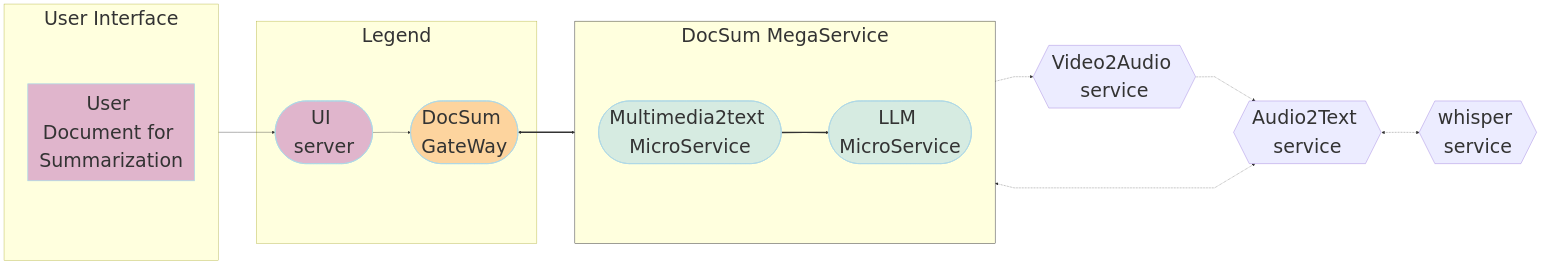
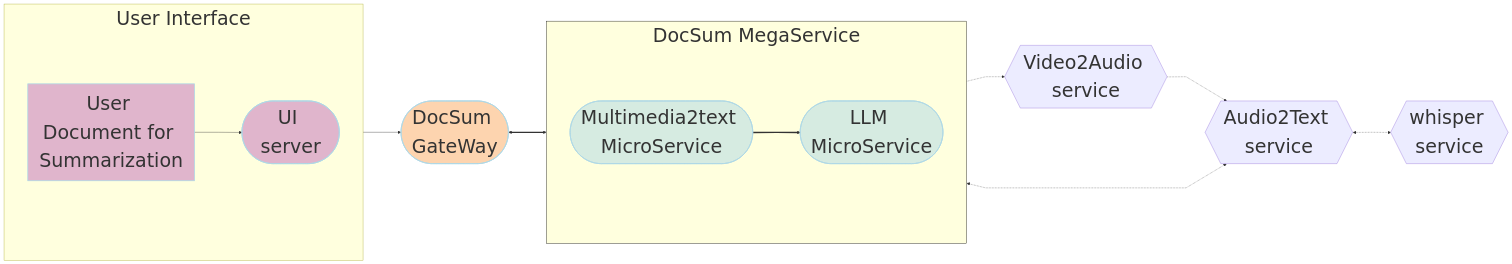
The diagram in DocSum/README.md (opea-project/GenAIExamples), drawn with Mermaid before and after one commit.

Commit message:
update read me file

````diff
--- a/DocSum/README.md
+++ b/DocSum/README.md
@@ -110,58 +110,55 @@
 ```mermaid
 ---
 config:
   flowchart:
     nodeSpacing: 400
     rankSpacing: 100
     curve: linear
   themeVariables:
     fontSize: 50px
 ---
 flowchart LR
     %% Colors %%
     classDef blue fill:#ADD8E6,stroke:#ADD8E6,stroke-width:2px,fill-opacity:0.5
     classDef orange fill:#FBAA60,stroke:#ADD8E6,stroke-width:2px,fill-opacity:0.5
     classDef orchid fill:#C26DBC,stroke:#ADD8E6,stroke-width:2px,fill-opacity:0.5
     classDef invisible fill:transparent,stroke:transparent;
     style DocSum-MegaService stroke:#000000
 
-    subgraph Legend[" Legend "]
-        UI([User Interface])
-        GW([DocSum GateWay])    
-    end
+
 
     %% Subgraphs %%
     subgraph DocSum-MegaService["DocSum MegaService "]
         direction LR
         M2T([Multimedia2text MicroService]):::blue
         LLM([LLM MicroService]):::blue
     end
     subgraph UserInterface[" User Interface "]
         direction LR
         a([User Input Query]):::orchid
         UI([UI server<br>]):::orchid
     end
 
 
     A2T_SRV{{Audio2Text service<br>}}
     V2A_SRV{{Video2Audio service<br>}}
     WSP_SRV{{whisper service<br>}}
     GW([DocSum GateWay<br>]):::orange
 
 
     %% Questions interaction
     direction LR
     a[User Document for Summarization] --> UI
     UI --> GW
     GW <==> DocSum-MegaService
     M2T ==> LLM
     
     %% Embedding service flow
     direction LR
     M2T .-> V2A_SRV
     M2T <-.-> A2T_SRV <-.-> WSP_SRV
     V2A_SRV .-> A2T_SRV 
     
 
 
 ```
````
